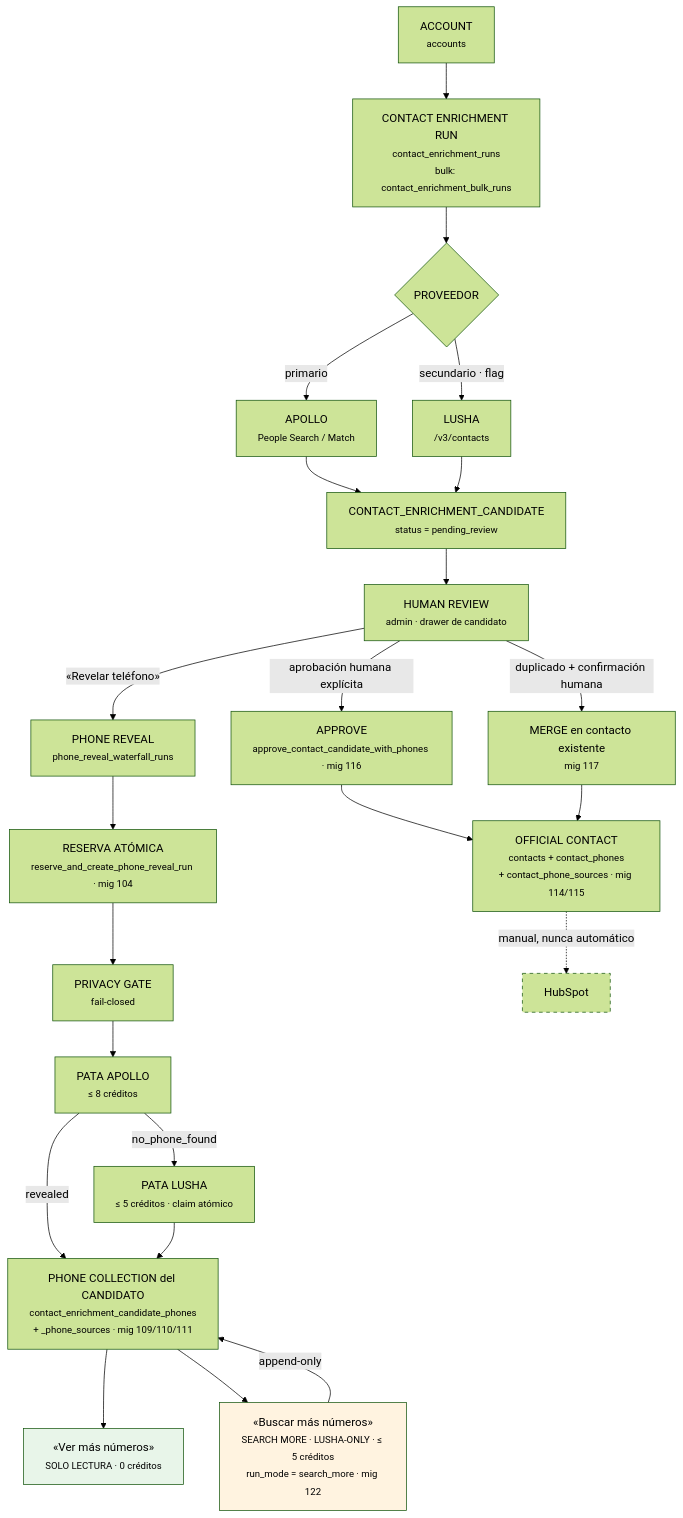
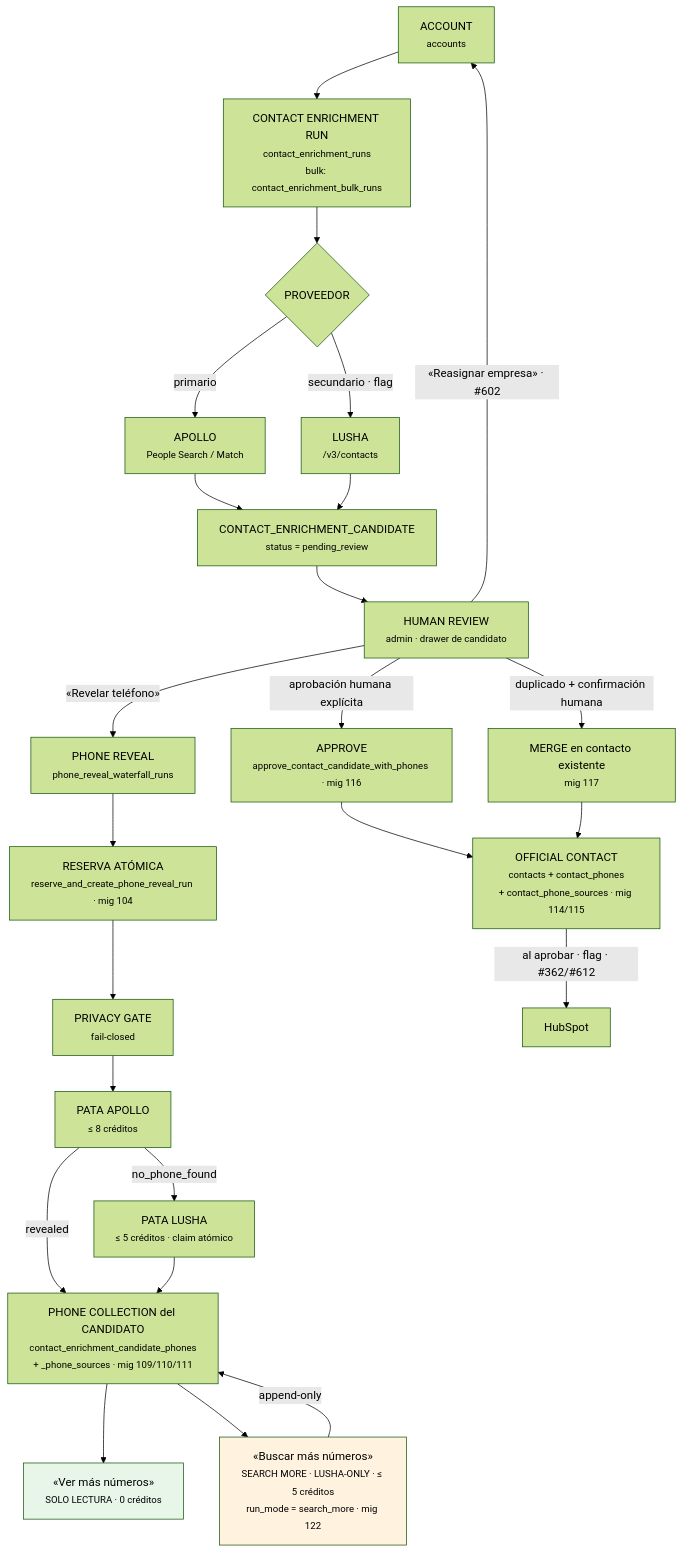
Before and after one commit to herramientasubits-hash/SellUP: the diagram in docs/agent2a/ARCHITECTURE.md, drawn with Mermaid (forest theme). The commit also changed other lines of this file and 5 other files, not shown here.

````diff
--- a/docs/agent2a/ARCHITECTURE.md
+++ b/docs/agent2a/ARCHITECTURE.md
@@ -9,42 +11,41 @@
 ```mermaid
 flowchart TD
     ACC["ACCOUNT<br/><small>accounts</small>"]
 
     ACC --> RUN["CONTACT ENRICHMENT RUN<br/><small>contact_enrichment_runs<br/>bulk: contact_enrichment_bulk_runs</small>"]
 
     RUN --> PROV{"PROVEEDOR"}
     PROV -->|primario| AP["APOLLO<br/><small>People Search / Match</small>"]
     PROV -->|secundario · flag| LU["LUSHA<br/><small>/v3/contacts</small>"]
 
     AP --> CAND["CONTACT_ENRICHMENT_CANDIDATE<br/><small>status = pending_review</small>"]
     LU --> CAND
 
     CAND --> REV["HUMAN REVIEW<br/><small>admin · drawer de candidato</small>"]
 
     REV -->|«Revelar teléfono»| WF["PHONE REVEAL<br/><small>phone_reveal_waterfall_runs</small>"]
 
     WF --> RES["RESERVA ATÓMICA<br/><small>reserve_and_create_phone_reveal_run · mig 104</small>"]
     RES --> PG1["PRIVACY GATE<br/><small>fail-closed</small>"]
     PG1 --> LEG1["PATA APOLLO<br/><small>≤ 8 créditos</small>"]
     LEG1 -->|no_phone_found| LEG2["PATA LUSHA<br/><small>≤ 5 créditos · claim atómico</small>"]
     LEG1 -->|revealed| COLL
     LEG2 --> COLL
 
     COLL["PHONE COLLECTION del CANDIDATO<br/><small>contact_enrichment_candidate_phones<br/>+ _phone_sources · mig 109/110/111</small>"]
 
     COLL --> VER["«Ver más números»<br/><small>SOLO LECTURA · 0 créditos</small>"]
     COLL --> SM["«Buscar más números»<br/><small>SEARCH MORE · LUSHA-ONLY · ≤ 5 créditos<br/>run_mode = search_more · mig 122</small>"]
     SM -->|append-only| COLL
 
     REV -->|aprobación humana explícita| APR["APPROVE<br/><small>approve_contact_candidate_with_phones · mig 116</small>"]
     REV -->|duplicado + confirmación humana| MRG["MERGE en contacto existente<br/><small>mig 117</small>"]
 
     APR --> OFF["OFFICIAL CONTACT<br/><small>contacts + contact_phones<br/>+ contact_phone_sources · mig 114/115</small>"]
     MRG --> OFF
 
-    OFF -.->|manual, nunca automático| HS["HubSpot"]
-
-    style HS stroke-dasharray: 5 5
+    OFF -->|al aprobar · flag · #362/#612| HS["HubSpot"]
+    REV -->|«Reasignar empresa» · #602| ACC
     style VER fill:#e8f5e9
     style SM fill:#fff3e0
 ```
````
